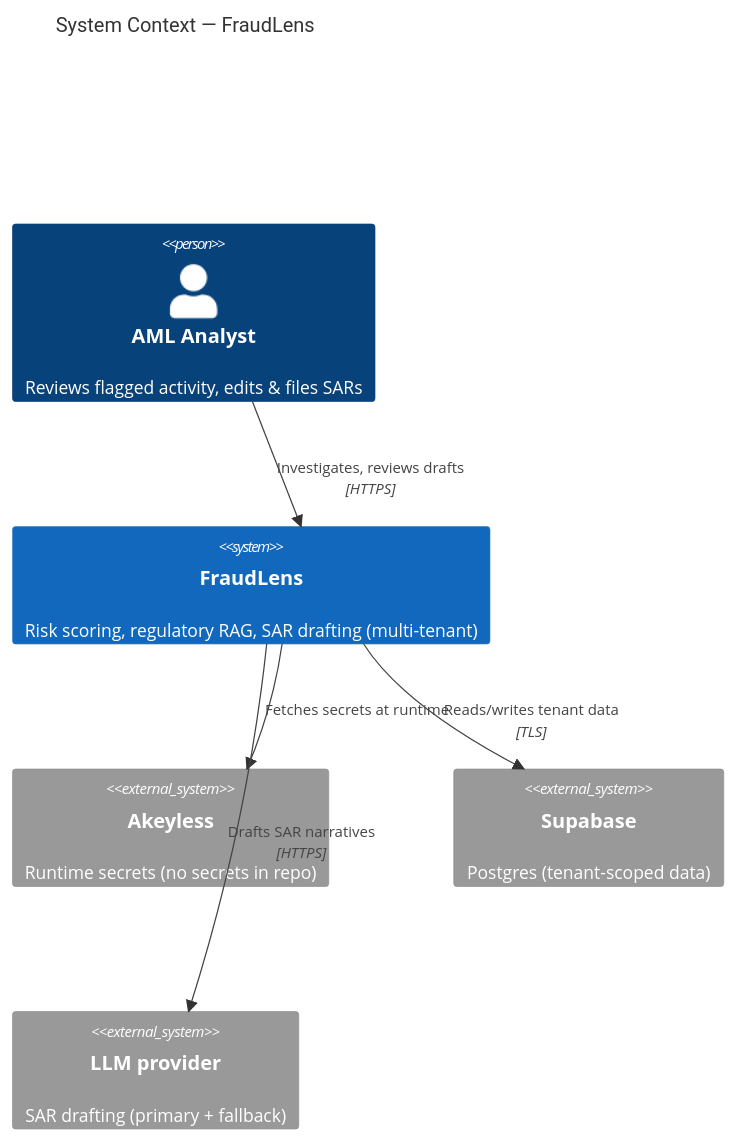
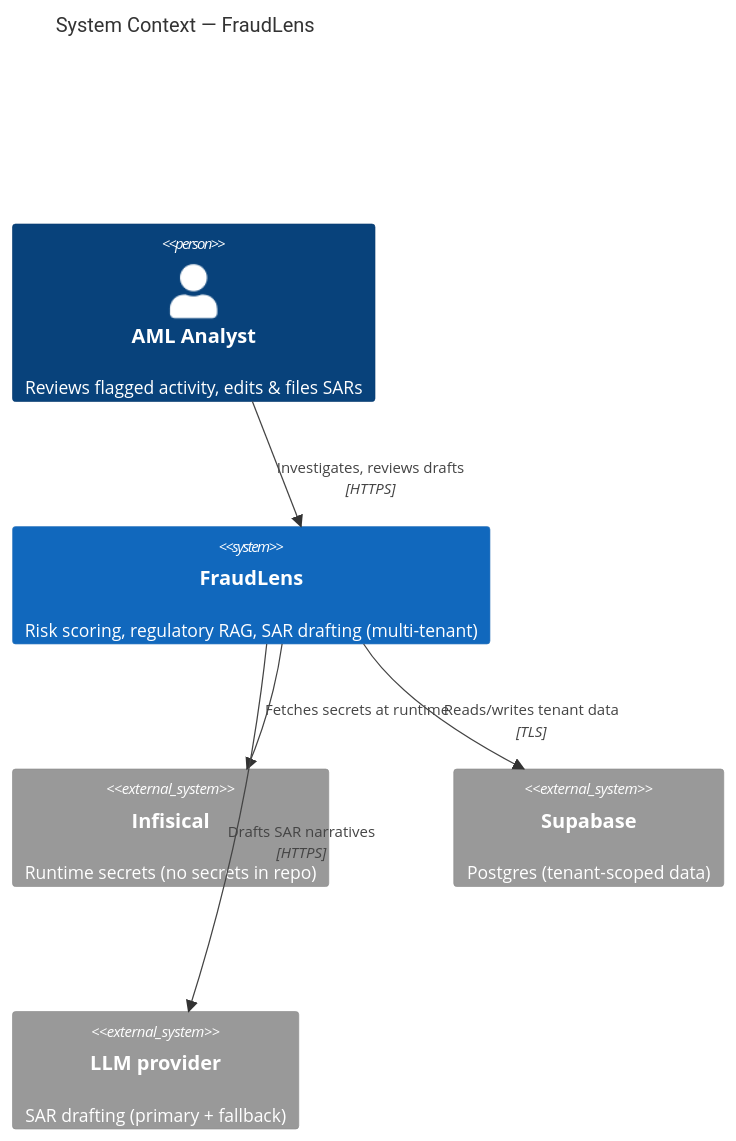
The first of 8 diagrams in docs/architecture/ARCHITECTURE.md (Kartik-Hirijaganer/FraudLens), drawn with Mermaid before and after one commit. The commit also changed other lines of this file and 25 other files, not shown here.

First line of the commit message:
feat: migrate secrets management from Akeyless to Infisical

````diff
--- a/docs/architecture/ARCHITECTURE.md
+++ b/docs/architecture/ARCHITECTURE.md
@@ -15,13 +15,13 @@
 ```mermaid
 C4Context
     title System Context — FraudLens
     Person(analyst, "AML Analyst", "Reviews flagged activity, edits & files SARs")
     System(fraudlens, "FraudLens", "Risk scoring, regulatory RAG, SAR drafting (multi-tenant)")
-    System_Ext(akeyless, "Akeyless", "Runtime secrets (no secrets in repo)")
+    System_Ext(infisical, "Infisical", "Runtime secrets (no secrets in repo)")
     System_Ext(supabase, "Supabase", "Postgres (tenant-scoped data)")
     System_Ext(llm, "LLM provider", "SAR drafting (primary + fallback)")
     Rel(analyst, fraudlens, "Investigates, reviews drafts", "HTTPS")
-    Rel(fraudlens, akeyless, "Fetches secrets at runtime")
+    Rel(fraudlens, infisical, "Fetches secrets at runtime")
     Rel(fraudlens, supabase, "Reads/writes tenant data", "TLS")
     Rel(fraudlens, llm, "Drafts SAR narratives", "HTTPS")
 ```
````
